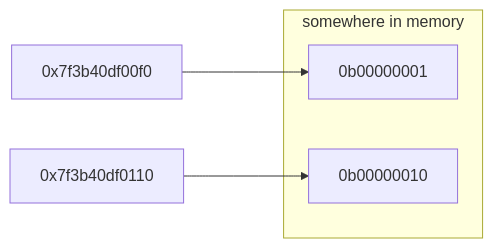
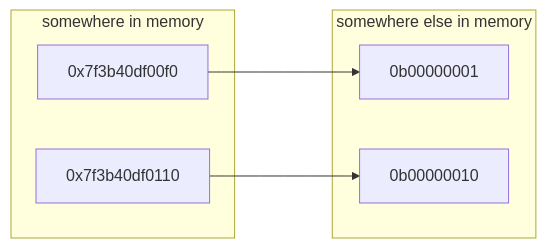
The fourth of 4 diagrams in _lectures/1.1-introduction.md (GAMR1520/GAMR1520), drawn with Mermaid before and after one commit. The commit also changed other lines of this file, not shown here.

```diff
--- a/_lectures/1.1-introduction.md
+++ b/_lectures/1.1-introduction.md
@@ -379,10 +215,15 @@
 <div class="mermaid">
 flowchart LR;
 subgraph somewhere in memory
+0x7f3b40df00f0
+0x7f3b40df0110
+end
+
+subgraph somewhere else in memory
 0b00000001
 0b00000010
 end
 
 0x7f3b40df00f0 ---> 0b00000001
 0x7f3b40df0110 ---> 0b00000010
 </div>
```
